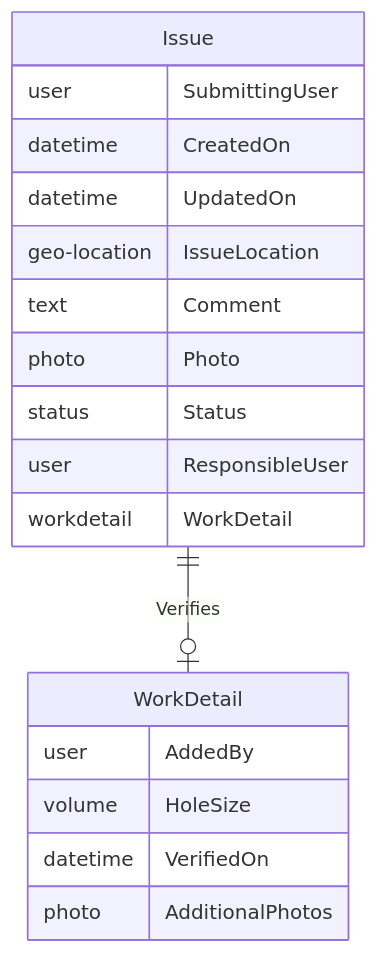
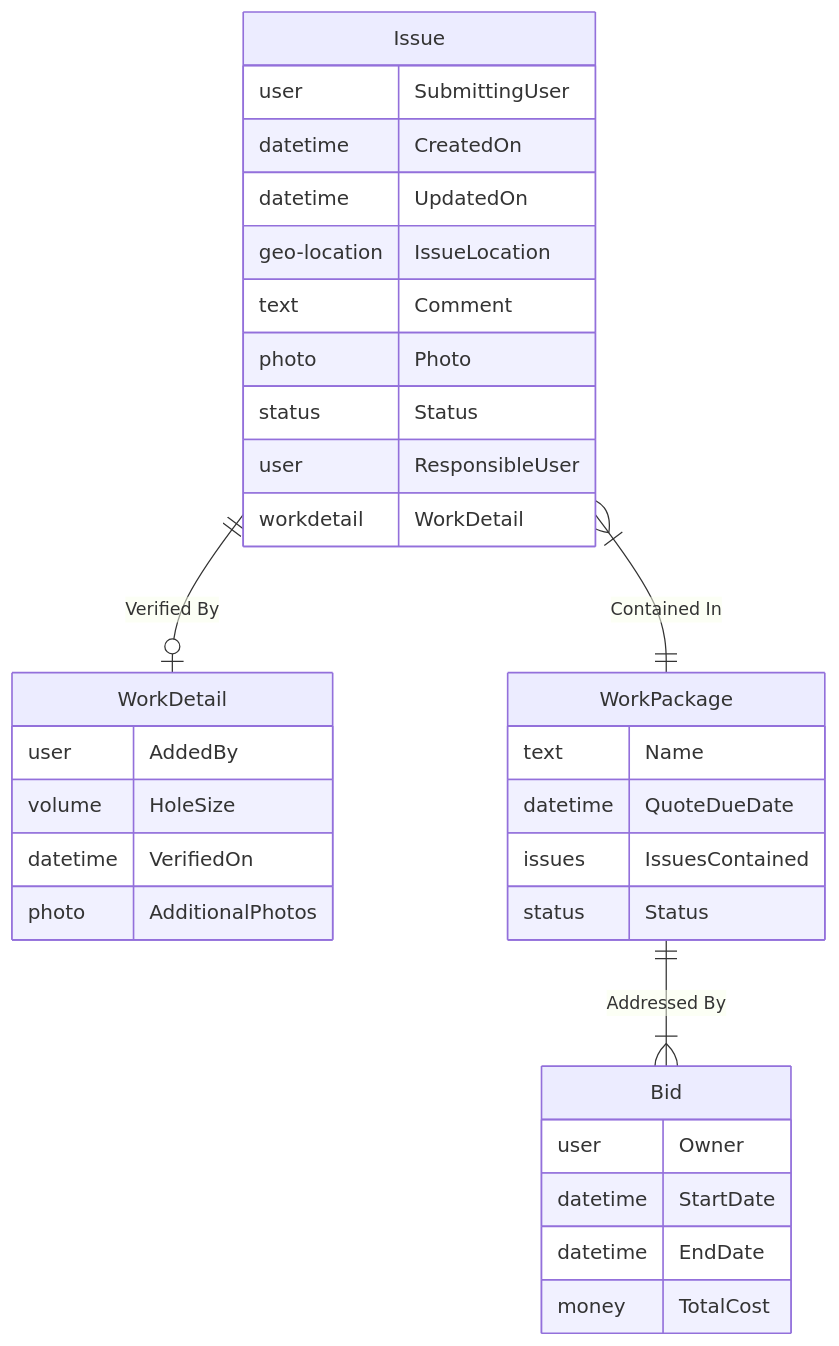
One commit to civic-os/vision changed the first of 2 diagrams in Main.md. Above: the diagram before and after it, drawn with Mermaid. The commit also changed other lines of this file and 3 other files, not shown here.

````diff
--- a/Main.md
+++ b/Main.md
@@ -48,21 +48,35 @@
 ```mermaid
 erDiagram
 	Issue {
 		user SubmittingUser
 		datetime CreatedOn
 		datetime UpdatedOn
 		geo-location IssueLocation
 		text Comment
 		photo Photo
 		status Status
 		user ResponsibleUser
 		workdetail WorkDetail
 	}
 	WorkDetail {
 		user AddedBy
 		volume HoleSize
 		datetime VerifiedOn
 		photo AdditionalPhotos
 	}
-	Issue ||--o| WorkDetail : Verifies
+	Issue ||--o| WorkDetail : "Verified By"
+	WorkPackage {
+		text Name
+		datetime QuoteDueDate
+		issues IssuesContained
+		status Status
+	}
+	Issue }|--|| WorkPackage : "Contained In"
+	Bid {
+		user Owner
+		datetime StartDate
+		datetime EndDate
+		money TotalCost
+	}
+	WorkPackage ||--|{ Bid : "Addressed By"
 ```
````
